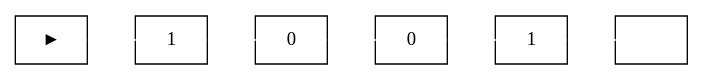
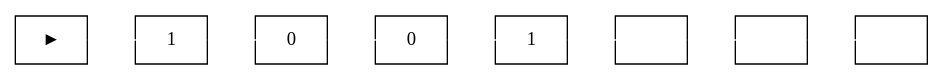
The diagram in testFiles/tape/tape_graphviz.dot (violeta-kastreva/turing_machine), drawn with Graphviz before and after one commit. The commit also changed 6 other files, not shown here.

```diff
--- a/testFiles/tape/tape_graphviz.dot
+++ b/testFiles/tape/tape_graphviz.dot
@@ -1,16 +1,20 @@
 digraph G {
     rankdir=LR;
     node [shape=record];
     edge [color=white, arrowsize=0.01];
     node0 [label="&#9658;"];
     node1 [label="1"];
     node0 -> node1;
     node2 [label="0"];
     node1 -> node2;
     node3 [label="0"];
     node2 -> node3;
     node4 [label="1"];
     node3 -> node4;
     node5 [label=" "];
     node4 -> node5;
+    node6 [label=" "];
+    node5 -> node6;
+    node7 [label=" "];
+    node6 -> node7;
 }
```
